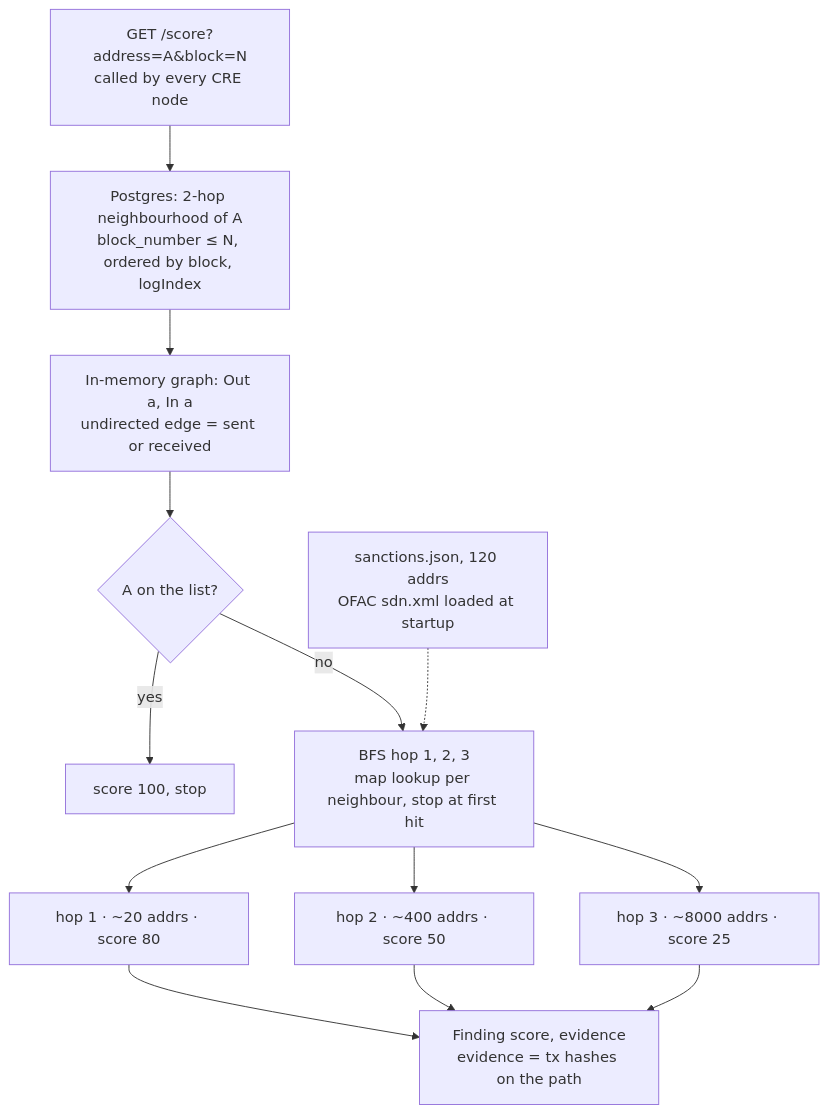
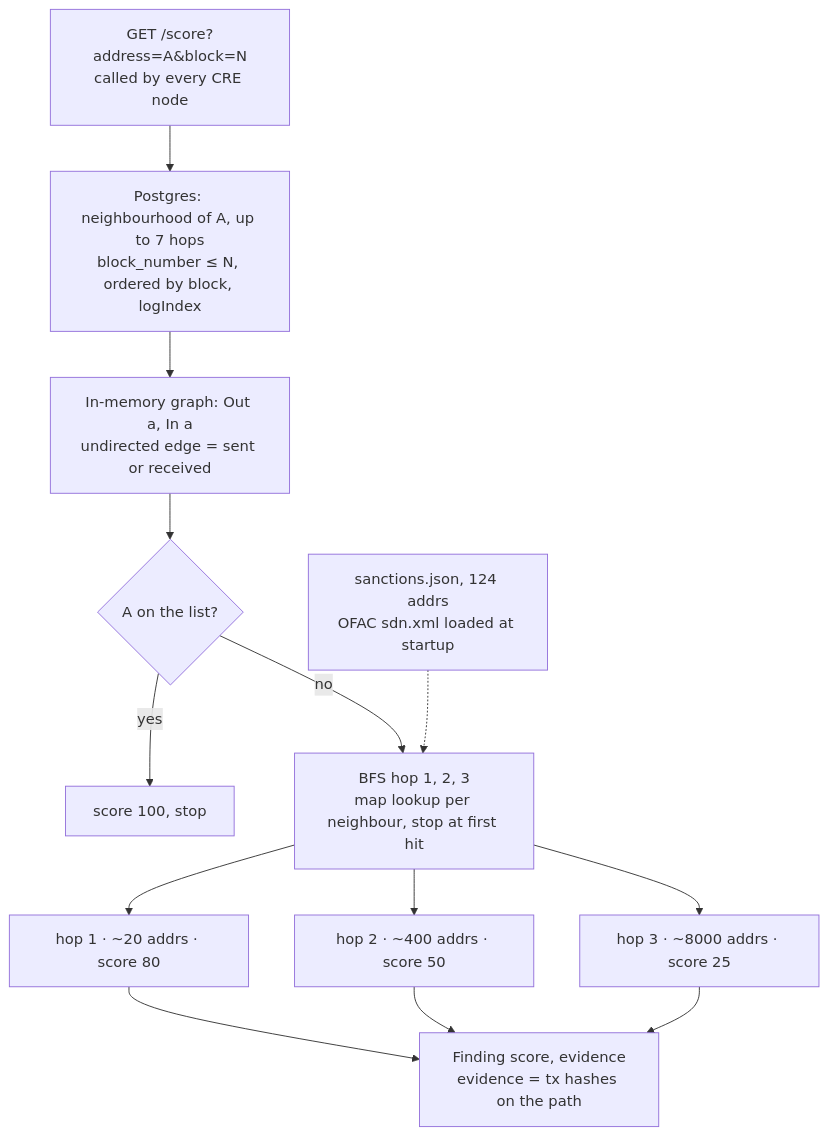
One commit to stdOWL/fraud-oracle changed the fourth of 5 diagrams in docs/flow.md. Above: the diagram before and after it, drawn with Mermaid.

Commit message:
docs(flow): graph depth and list size match the code

````diff
--- a/docs/flow.md
+++ b/docs/flow.md
@@ -50,15 +50,15 @@
 ```mermaid
 flowchart TB
-    Q[GET /score?address=A&block=N<br/>called by every CRE node] --> L[Postgres: 2-hop neighbourhood of A<br/>block_number ≤ N, ordered by block, logIndex]
+    Q[GET /score?address=A&block=N<br/>called by every CRE node] --> L[Postgres: neighbourhood of A, up to 7 hops<br/>block_number ≤ N, ordered by block, logIndex]
     L --> G[In-memory graph: Out a, In a<br/>undirected edge = sent or received]
     G --> D{A on the list?}
     D -- yes --> S100[score 100, stop]
     D -- no --> B[BFS hop 1, 2, 3<br/>map lookup per neighbour, stop at first hit]
     B --> H1[hop 1 · ~20 addrs · score 80]
     B --> H2[hop 2 · ~400 addrs · score 50]
     B --> H3[hop 3 · ~8000 addrs · score 25]
     H1 --> F[Finding score, evidence<br/>evidence = tx hashes on the path]
     H2 --> F
     H3 --> F
-    J[sanctions.json, 120 addrs<br/>OFAC sdn.xml loaded at startup] -.-> B
+    J[sanctions.json, 124 addrs<br/>OFAC sdn.xml loaded at startup] -.-> B
 ```
````
